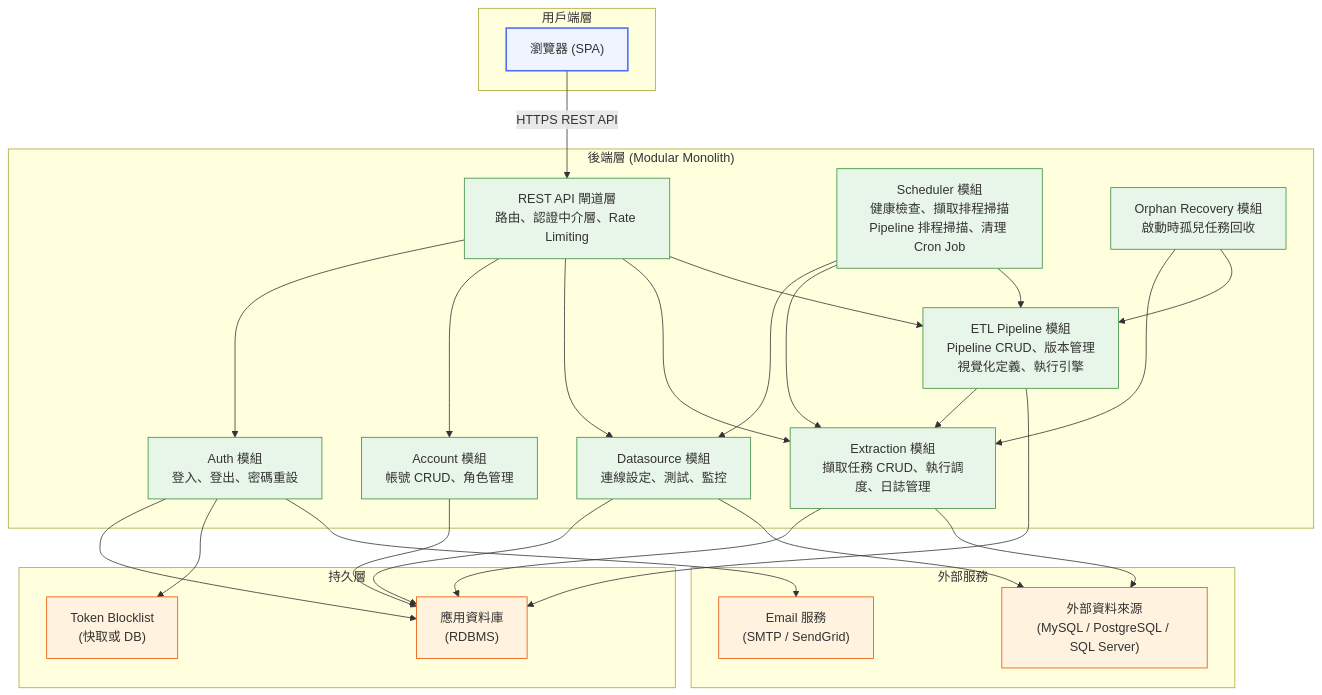
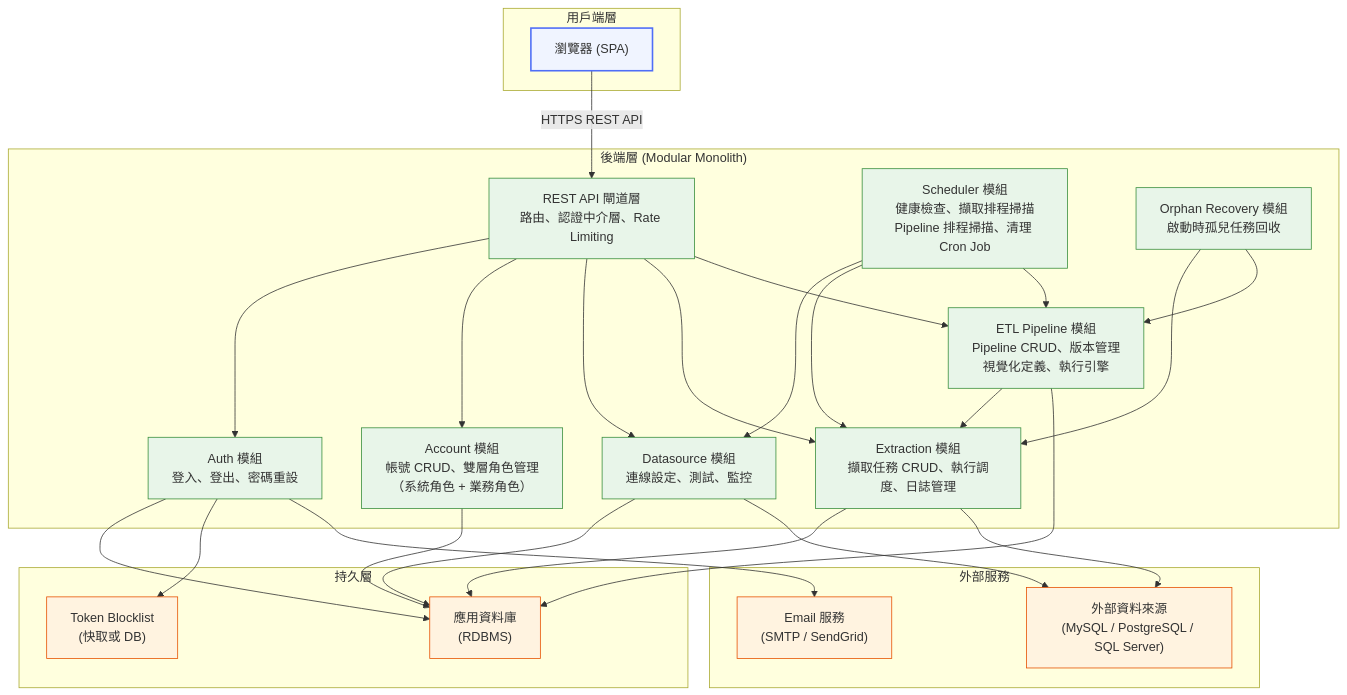
One commit to wisewhalesoft/cdmp-mvp changed the first of 17 diagrams in docs/specs/architecture-spec.md. Above: the diagram before and after it, drawn with Mermaid. The commit also changed other lines of this file and 13 other files, not shown here.

````diff
--- a/docs/specs/architecture-spec.md
+++ b/docs/specs/architecture-spec.md
@@ -42,56 +42,56 @@
 ```mermaid
 graph TD
     subgraph 用戶端["用戶端層"]
         Browser["瀏覽器 (SPA)"]
     end
 
     subgraph 後端["後端層 (Modular Monolith)"]
         API["REST API 閘道層<br/>路由、認證中介層、Rate Limiting"]
         AuthMod["Auth 模組<br/>登入、登出、密碼重設"]
-        AccountMod["Account 模組<br/>帳號 CRUD、角色管理"]
+        AccountMod["Account 模組<br/>帳號 CRUD、雙層角色管理<br/>（系統角色 + 業務角色）"]
         DatasourceMod["Datasource 模組<br/>連線設定、測試、監控"]
         ExtractionMod["Extraction 模組<br/>擷取任務 CRUD、執行調度、日誌管理"]
         ETLMod["ETL Pipeline 模組<br/>Pipeline CRUD、版本管理<br/>視覺化定義、執行引擎"]
         Scheduler["Scheduler 模組<br/>健康檢查、擷取排程掃描<br/>Pipeline 排程掃描、清理 Cron Job"]
         OrphanRecoveryMod["Orphan Recovery 模組<br/>啟動時孤兒任務回收"]
     end
 
     subgraph 持久層["持久層"]
         AppDB["應用資料庫<br/>(RDBMS)"]
         TokenStore["Token Blocklist<br/>(快取或 DB)"]
     end
 
     subgraph 外部["外部服務"]
         Email["Email 服務<br/>(SMTP / SendGrid)"]
         TargetDB["外部資料來源<br/>(MySQL / PostgreSQL / SQL Server)"]
     end
 
     Browser -->|"HTTPS REST API"| API
     API --> AuthMod
     API --> AccountMod
     API --> DatasourceMod
     API --> ExtractionMod
     API --> ETLMod
     Scheduler --> DatasourceMod
     Scheduler --> ExtractionMod
     Scheduler --> ETLMod
     OrphanRecoveryMod --> ExtractionMod
     OrphanRecoveryMod --> ETLMod
     ETLMod --> ExtractionMod
     AuthMod --> AppDB
     AuthMod --> TokenStore
     AuthMod --> Email
     AccountMod --> AppDB
     DatasourceMod --> AppDB
     DatasourceMod --> TargetDB
     ExtractionMod --> AppDB
     ExtractionMod --> TargetDB
     ETLMod --> AppDB
 
     classDef layer fill:#f0f4ff,stroke:#4f6ef7,stroke-width:2px
     classDef module fill:#e8f5e9,stroke:#388e3c,stroke-width:1px
     classDef external fill:#fff3e0,stroke:#e65100,stroke-width:1px
     class Browser layer
     class API,AuthMod,AccountMod,DatasourceMod,ExtractionMod,ETLMod,Scheduler,OrphanRecoveryMod module
     class Email,TargetDB,AppDB,TokenStore external
 ```
````
